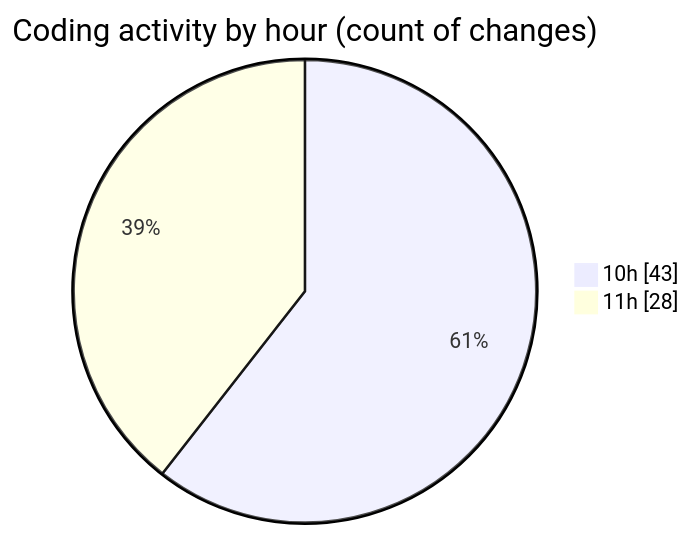
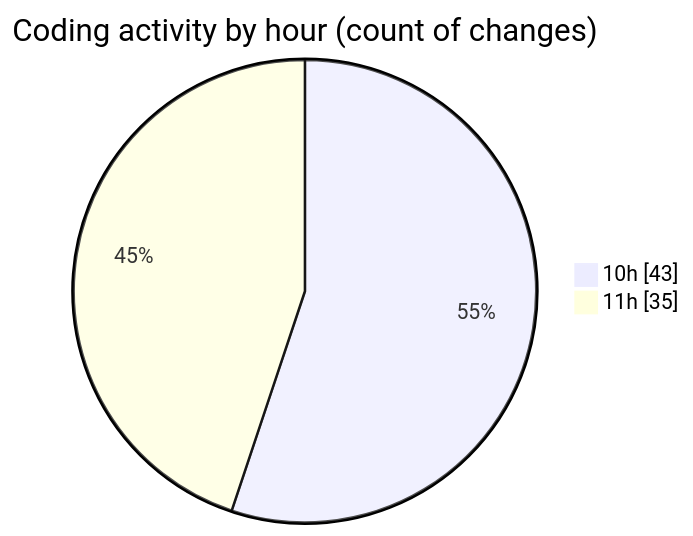
The second of 2 diagrams in 2025-02-10/cda/README.md (momahboobian/code-tracking), drawn with Mermaid before and after one commit. The commit also changed other lines of this file and 1 other file, not shown here.

````diff
--- a/2025-02-10/cda/README.md
+++ b/2025-02-10/cda/README.md
@@ -35,6 +35,6 @@
 ```mermaid
 pie showData
 title Coding activity by hour (count of changes)
 "10h" : 43
-"11h" : 28
+"11h" : 35
 ```
````
